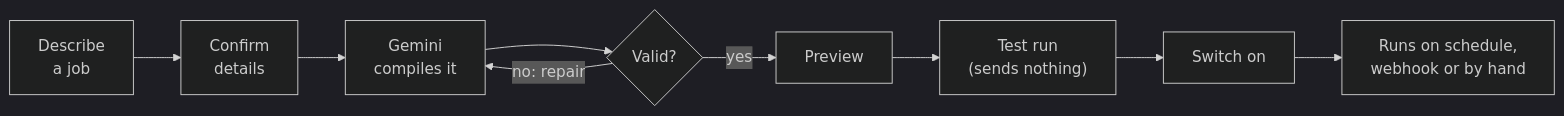
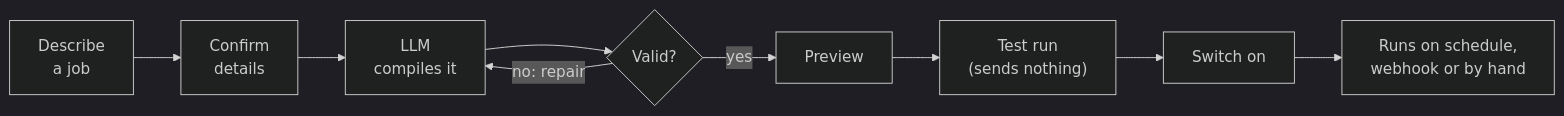
One commit to PrajwatSrivastava/AgentDesk-AI-Workflow changed the first of 2 diagrams in README.md. Above: the diagram before and after it, drawn with Mermaid (dark theme). The commit also changed other lines of this file and 17 other files, not shown here.

First line of the commit message:
Switch the LLM provider from Gemini to Nebius Token Factory

````diff
--- a/README.md
+++ b/README.md
@@ -66,11 +67,11 @@
 ```mermaid
 flowchart LR
     A["Describe<br/>a job"] --> Q["Confirm<br/>details"]
-    Q --> B["Gemini<br/>compiles it"]
+    Q --> B["LLM<br/>compiles it"]
     B --> C{"Valid?"}
     C -- "no: repair" --> B
     C -- yes --> D["Preview"]
     D --> E["Test run<br/>(sends nothing)"]
     E --> F["Switch on"]
     F --> G["Runs on schedule,<br/>webhook or by hand"]
 ```
````
